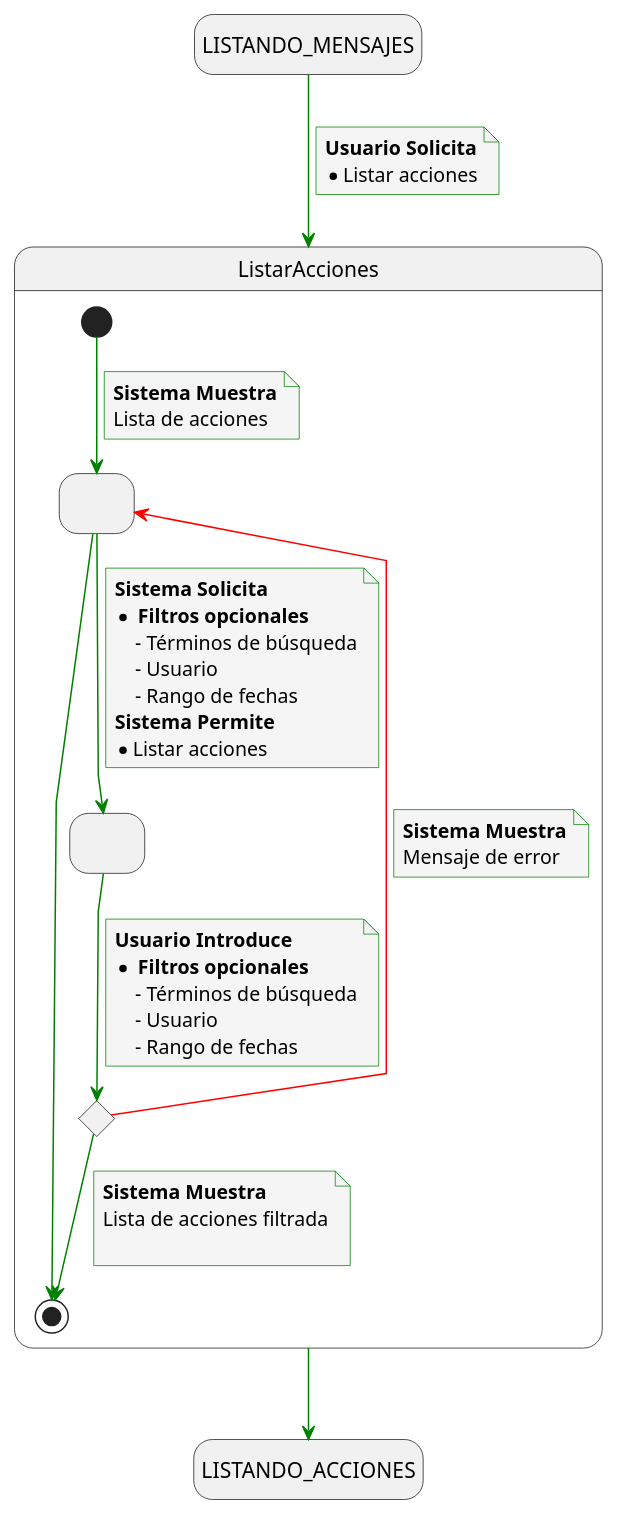
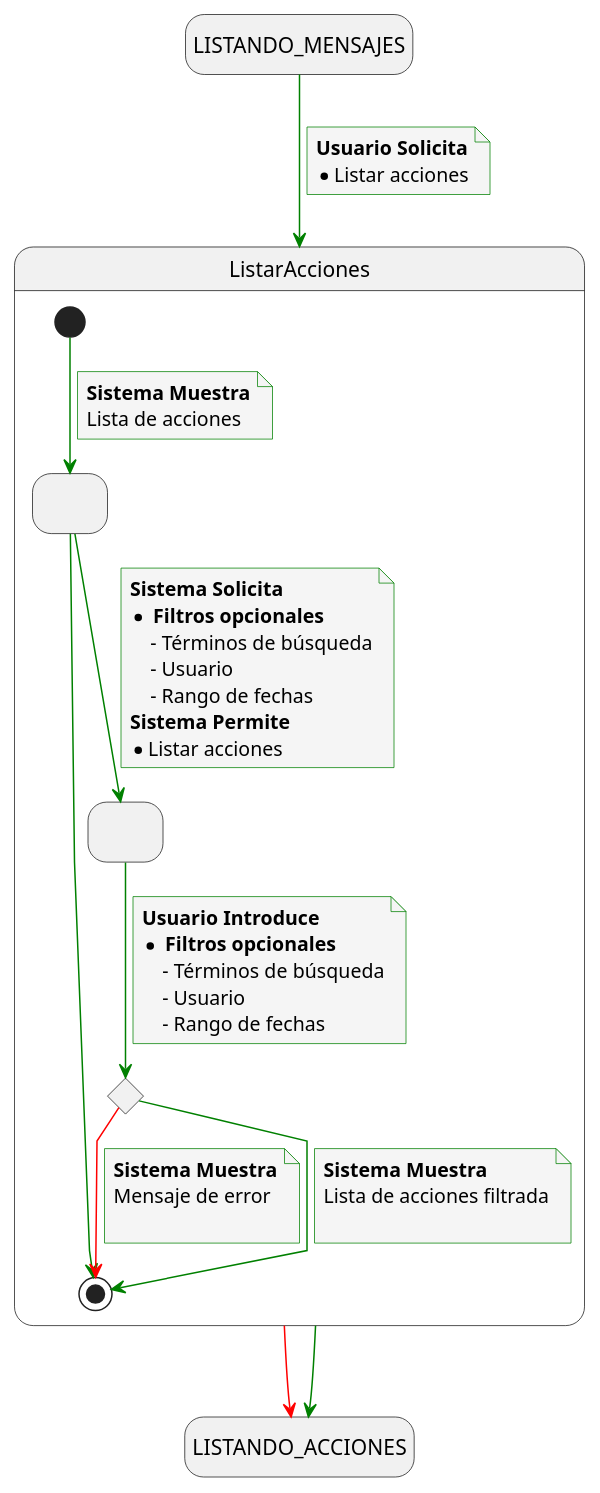
The diagram in docs/casosDeUso/detalladoCasosDeUso/detalladoAuditoria/detalladoListarAcciones.puml (mmasias/24-25-IdSw1-SDR), drawn with PlantUML before and after one commit. The commit also changed 5 other files, not shown here.

Commit message:
FIX/ agregar transiciones de error en los diagramas de auditoría

```diff
--- a/docs/casosDeUso/detalladoCasosDeUso/detalladoAuditoria/detalladoListarAcciones.puml
+++ b/docs/casosDeUso/detalladoCasosDeUso/detalladoAuditoria/detalladoListarAcciones.puml
@@ -1,68 +1,70 @@
 @startuml
 skinparam {
     NoteBackgroundColor #whiteSmoke
     ArrowColor #green
     NoteBorderColor #green
     linetype polyline
 }
 
 hide empty description
 
 state startState as "LISTANDO_MENSAJES"
 state endState as "LISTANDO_ACCIONES"
 
 startState --> ListarAcciones
 note on link
     <b>Usuario Solicita</b>
     * Listar acciones
 end note
 
 ListarAcciones --> endState
+ListarAcciones -[#red]> endState
 
 state ListarAcciones{
     state solicitudFiltros as " "
     state envioFiltros as " "
     state revisionFiltrosEnviados <<choice>>
 
     [*] --> solicitudFiltros
     note on link
         <b>Sistema Muestra</b>
         Lista de acciones
     end note
 
     solicitudFiltros -r-> [*]
 
     solicitudFiltros --> envioFiltros
     note on link
         <b>Sistema Solicita</b>
         * <b> Filtros opcionales </b>
             - Términos de búsqueda
             - Usuario
             - Rango de fechas
         <b>Sistema Permite</b>
         * Listar acciones
     end note
 
     envioFiltros --> revisionFiltrosEnviados
     note on link
         <b>Usuario Introduce</b>
         * <b> Filtros opcionales </b>
             - Términos de búsqueda
             - Usuario
             - Rango de fechas
     end note
 
-    revisionFiltrosEnviados -[#red]-> solicitudFiltros
+    revisionFiltrosEnviados -[#red]-> [*]
     note on link
         <b>Sistema Muestra</b>
         Mensaje de error
+
     end note
 
     revisionFiltrosEnviados --> [*]
     note on link
         <b>Sistema Muestra</b>
         Lista de acciones filtrada
 
     end note
 }
 @enduml
```
